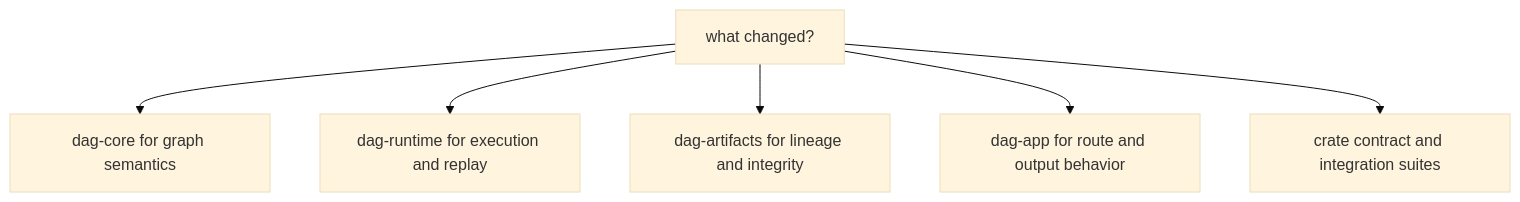
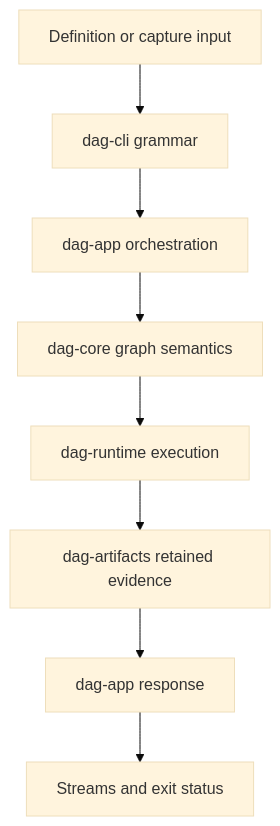
One commit to bijux/bijux-cli changed the diagram in docs/bijux-dag/architecture/code-navigation.md. Above: the diagram before and after it, drawn with Mermaid (base theme). The commit also changed other lines of this file and 3 other files, not shown here.

````diff
--- a/docs/bijux-dag/architecture/code-navigation.md
+++ b/docs/bijux-dag/architecture/code-navigation.md
@@ -17,8 +17,15 @@
 ```mermaid
 flowchart TB
-    question["what changed?"] --> core["dag-core for graph semantics"]
-    question --> runtime["dag-runtime for execution and replay"]
-    question --> artifacts["dag-artifacts for lineage and integrity"]
-    question --> app["dag-app for route and output behavior"]
-    question --> tests["crate contract and integration suites"]
+    input["Definition or capture input"]
+    command["dag-cli grammar"]
+    app["dag-app orchestration"]
+    core["dag-core graph semantics"]
+    runtime["dag-runtime execution"]
+    artifacts["dag-artifacts retained evidence"]
+    response["dag-app response"]
+    terminal["Streams and exit status"]
+
+    input --> command --> app
+    app --> core --> runtime --> artifacts
+    artifacts --> response --> terminal
 ```
````
